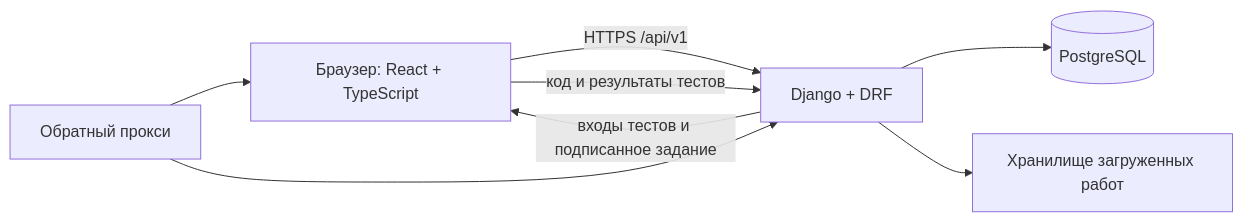
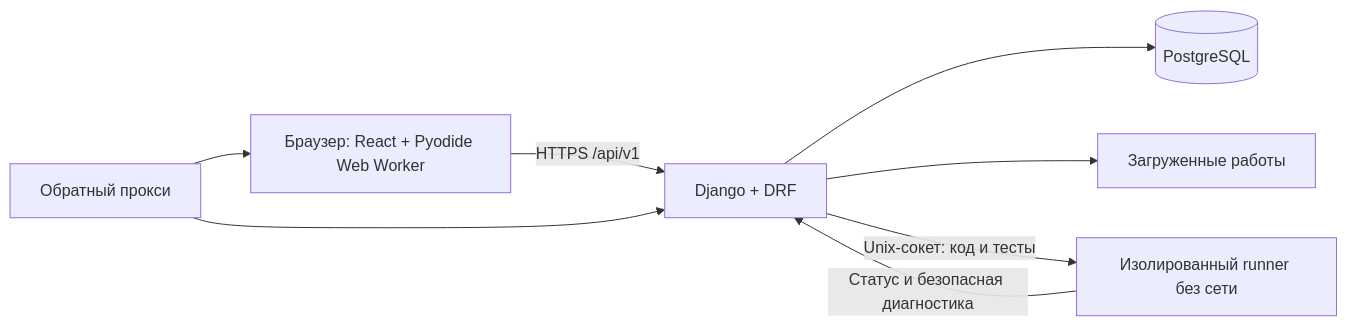
One commit to D0UP1G/WebEducation changed the diagram in ARCHITECTURE.md. Above: the diagram before and after it, drawn with Mermaid. The commit also changed other lines of this file and 39 other files, not shown here.

````diff
--- a/ARCHITECTURE.md
+++ b/ARCHITECTURE.md
@@ -25,10 +25,10 @@
 ```mermaid
 flowchart LR
-    U[Браузер: React + TypeScript] -->|HTTPS /api/v1| API[Django + DRF]
+    U[Браузер: React + Pyodide Web Worker] -->|HTTPS /api/v1| API[Django + DRF]
     API --> DB[(PostgreSQL)]
-    API --> FS[Хранилище загруженных работ]
-    API -->|входы тестов и подписанное задание| U
-    U -->|код и результаты тестов| API
+    API --> FS[Загруженные работы]
+    API -->|Unix-сокет: код и тесты| R[Изолированный runner без сети]
+    R -->|Статус и безопасная диагностика| API
     RP[Обратный прокси] --> U
     RP --> API
 ```
````
